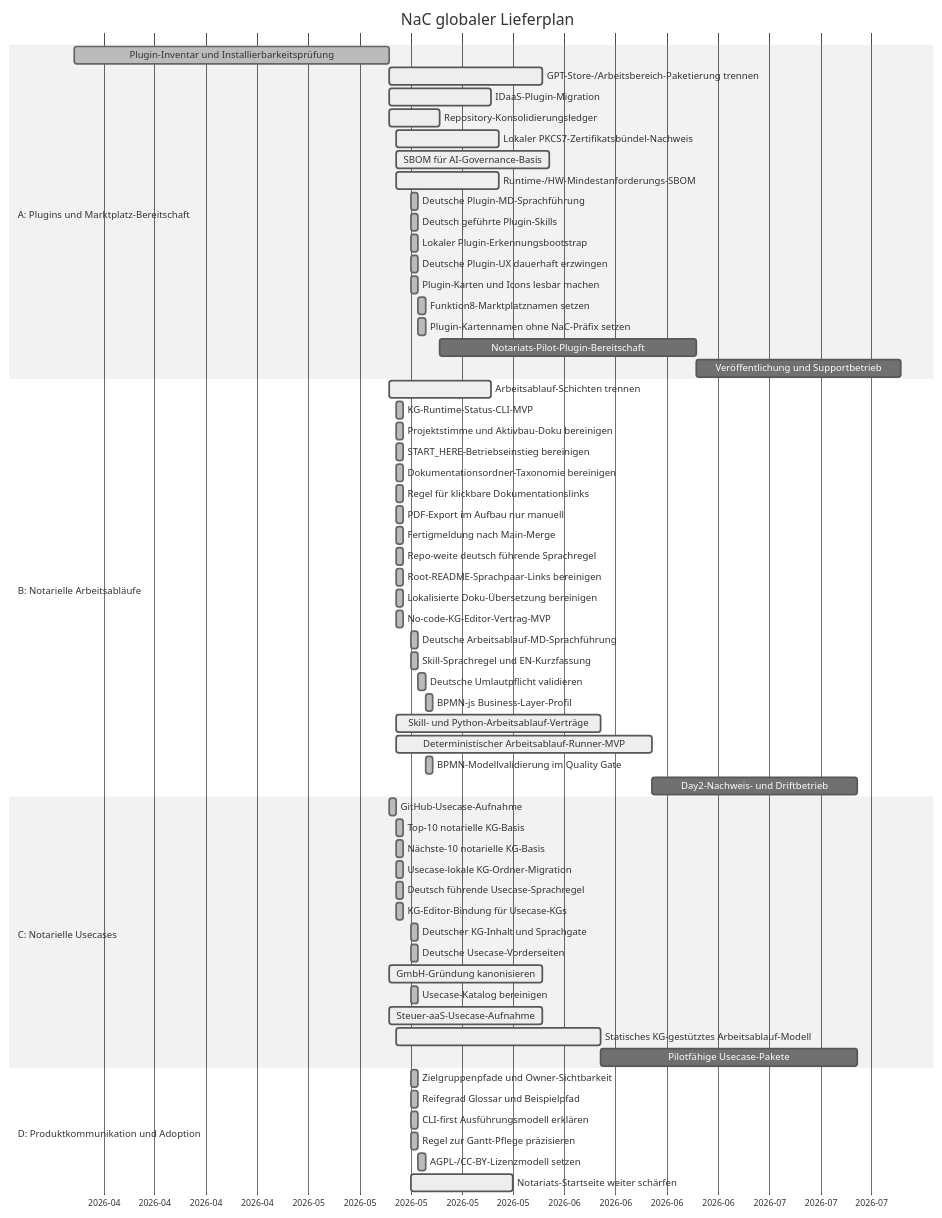
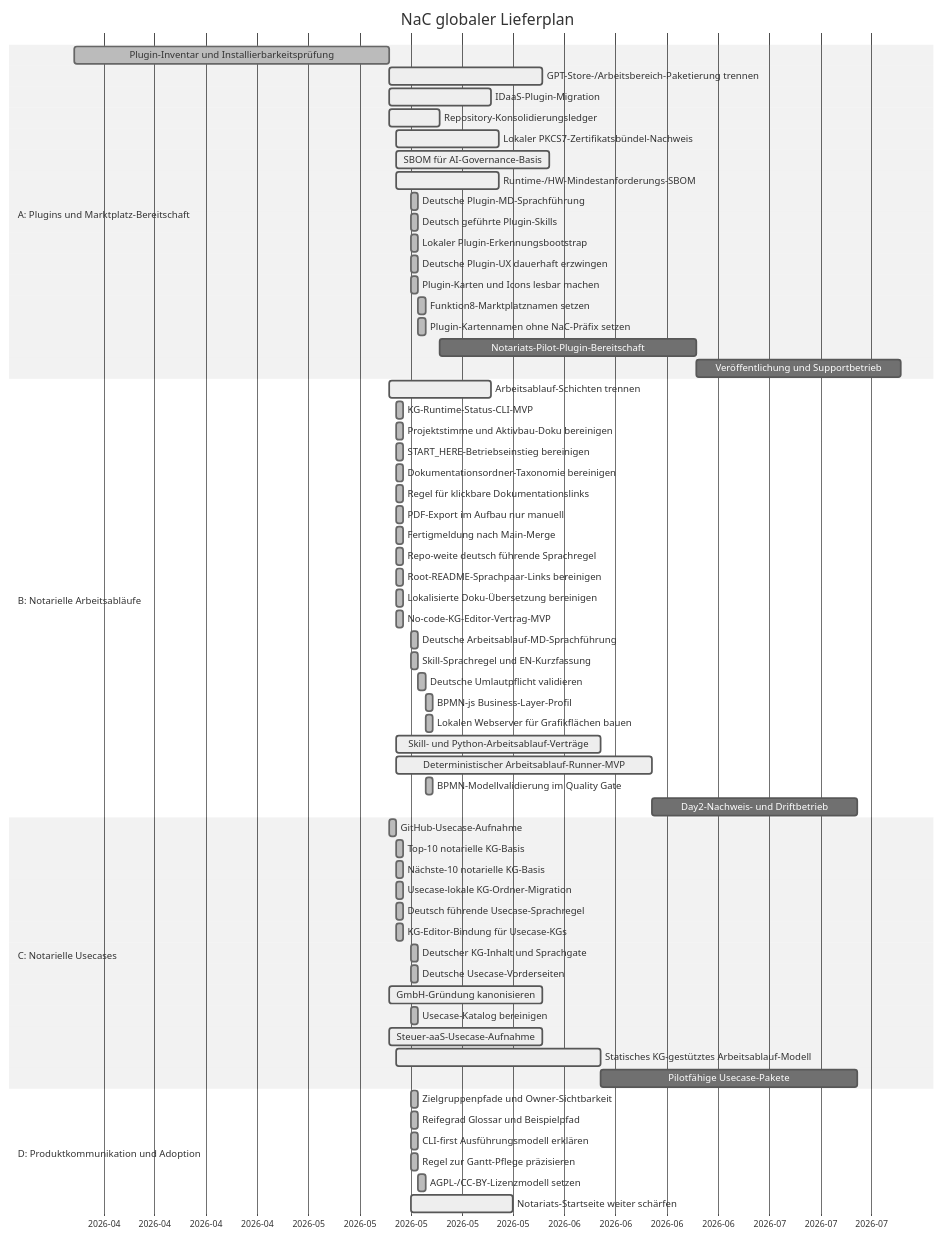
The diagram in roadmap/GANTT.md (notariat8/NaC), drawn with Mermaid (neutral theme) before and after one commit. The commit also changed other lines of this file and 21 other files, not shown here.

````diff
--- a/roadmap/GANTT.md
+++ b/roadmap/GANTT.md
@@ -14,69 +14,70 @@
 ```mermaid
 gantt
     title NaC globaler Lieferplan
     dateFormat  YYYY-MM-DD
     axisFormat  %Y-%m
 
     section A: Plugins und Marktplatz-Bereitschaft
     Plugin-Inventar und Installierbarkeitsprüfung :done, a1, 2026-04-01, 2026-05-14
     GPT-Store-/Arbeitsbereich-Paketierung trennen :active, a2, 2026-05-14, 21d
     IDaaS-Plugin-Migration                       :active,  a3, 2026-05-14, 14d
     Repository-Konsolidierungsledger             :active,  a4, 2026-05-14, 7d
     Lokaler PKCS7-Zertifikatsbündel-Nachweis    :active,  a4a, 2026-05-15, 14d
     SBOM für AI-Governance-Basis                :active,  a4b, 2026-05-15, 21d
     Runtime-/HW-Mindestanforderungs-SBOM         :active,  a4c, 2026-05-15, 14d
     Deutsche Plugin-MD-Sprachführung            :done,    a4d, 2026-05-17, 1d
     Deutsch geführte Plugin-Skills              :done,    a4e, 2026-05-17, 1d
     Lokaler Plugin-Erkennungsbootstrap           :done,    a4f, 2026-05-17, 1d
     Deutsche Plugin-UX dauerhaft erzwingen       :done,    a4g, 2026-05-17, 1d
     Plugin-Karten und Icons lesbar machen        :done,    a4h, 2026-05-17, 1d
     Funktion8-Marktplatznamen setzen             :done,    a4i, 2026-05-18, 1d
     Plugin-Kartennamen ohne NaC-Präfix setzen    :done,    a4j, 2026-05-18, 1d
     Notariats-Pilot-Plugin-Bereitschaft          :         a5, after a4, 35d
     Veröffentlichung und Supportbetrieb         :         a6, after a5, 28d
 
     section B: Notarielle Arbeitsabläufe
     Arbeitsablauf-Schichten trennen              :active,  b1, 2026-05-14, 14d
     KG-Runtime-Status-CLI-MVP                    :done,    b1a, 2026-05-15, 1d
     Projektstimme und Aktivbau-Doku bereinigen   :done,    b1b, 2026-05-15, 1d
     START_HERE-Betriebseinstieg bereinigen       :done,    b1c, 2026-05-15, 1d
     Dokumentationsordner-Taxonomie bereinigen    :done,    b1d, 2026-05-15, 1d
     Regel für klickbare Dokumentationslinks     :done,    b1e, 2026-05-15, 1d
     PDF-Export im Aufbau nur manuell             :done,    b1f, 2026-05-15, 1d
     Fertigmeldung nach Main-Merge                :done,    b1g, 2026-05-15, 1d
     Repo-weite deutsch führende Sprachregel     :done,    b1h, 2026-05-15, 1d
     Root-README-Sprachpaar-Links bereinigen      :done,    b1i, 2026-05-15, 1d
     Lokalisierte Doku-Übersetzung bereinigen    :done,    b1j, 2026-05-15, 1d
     No-code-KG-Editor-Vertrag-MVP                :done,    b1k, 2026-05-15, 1d
     Deutsche Arbeitsablauf-MD-Sprachführung     :done,    b1l, 2026-05-17, 1d
     Skill-Sprachregel und EN-Kurzfassung         :done,    b1m, 2026-05-17, 1d
     Deutsche Umlautpflicht validieren            :done,    b1n, 2026-05-18, 1d
     BPMN-js Business-Layer-Profil                :done,    b1o, 2026-05-19, 1d
+    Lokalen Webserver für Grafikflächen bauen   :done,    b1p, 2026-05-19, 1d
     Skill- und Python-Arbeitsablauf-Verträge    :active,  b2, 2026-05-15, 28d
     Deterministischer Arbeitsablauf-Runner-MVP   :active,  b3, 2026-05-15, 35d
     BPMN-Modellvalidierung im Quality Gate       :done,    b3a, 2026-05-19, 1d
     Day2-Nachweis- und Driftbetrieb              :         b4, after b3, 28d
 
     section C: Notarielle Usecases
     GitHub-Usecase-Aufnahme                      :done,    c1, 2026-05-14, 1d
     Top-10 notarielle KG-Basis                   :done,    c2, 2026-05-15, 1d
     Nächste-10 notarielle KG-Basis              :done,    c3, 2026-05-15, 1d
     Usecase-lokale KG-Ordner-Migration           :done,    c3a, 2026-05-15, 1d
     Deutsch führende Usecase-Sprachregel        :done,    c3b, 2026-05-15, 1d
     KG-Editor-Bindung für Usecase-KGs           :done,    c3c, 2026-05-15, 1d
     Deutscher KG-Inhalt und Sprachgate           :done,    c3d, 2026-05-17, 1d
     Deutsche Usecase-Vorderseiten                :done,    c3e, 2026-05-17, 1d
     GmbH-Gründung kanonisieren                  :active,  c4, 2026-05-14, 21d
     Usecase-Katalog bereinigen                 :done,    c5, 2026-05-17, 1d
     Steuer-aaS-Usecase-Aufnahme                  :active,  c6, 2026-05-14, 21d
     Statisches KG-gestütztes Arbeitsablauf-Modell :active, c7, 2026-05-15, 28d
     Pilotfähige Usecase-Pakete                  :         c8, after c7, 35d
 
     section D: Produktkommunikation und Adoption
     Zielgruppenpfade und Owner-Sichtbarkeit      :done,    d1, 2026-05-17, 1d
     Reifegrad Glossar und Beispielpfad           :done,    d1a, 2026-05-17, 1d
     CLI-first Ausführungsmodell erklären       :done,    d1b, 2026-05-17, 1d
     Regel zur Gantt-Pflege präzisieren         :done,    d1c, 2026-05-17, 1d
     AGPL-/CC-BY-Lizenzmodell setzen              :done,    d1d, 2026-05-18, 1d
     Notariats-Startseite weiter schärfen        :active,  d2, 2026-05-17, 14d
 ```
````
